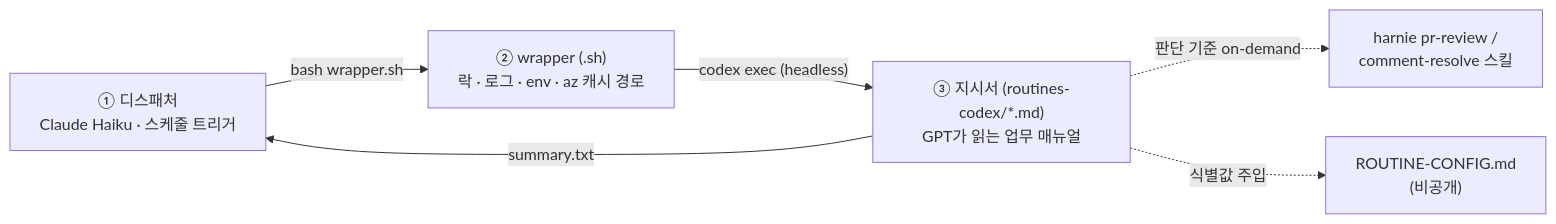
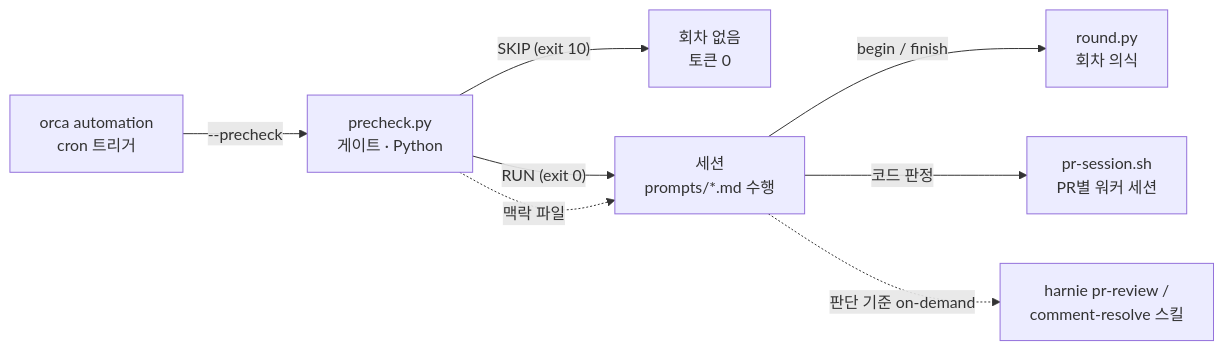
One commit to qnamy/agent-ops changed the diagram in routines/README.md. Above: the diagram before and after it, drawn with Mermaid. The commit also changed other lines of this file and 31 other files, not shown here.

First line of the commit message:
docs: 루틴 템플릿을 orca automation 구조의 현행본으로 교체한다

````diff
--- a/routines/README.md
+++ b/routines/README.md
@@ -8,8 +9,10 @@
 ```mermaid
 flowchart LR
-    A["① 디스패처<br/>Claude Haiku · 스케줄 트리거"] -->|"bash wrapper.sh"| B["② wrapper (.sh)<br/>락 · 로그 · env · az 캐시 경로"]
-    B -->|"codex exec (headless)"| C["③ 지시서 (routines-codex/*.md)<br/>GPT가 읽는 업무 매뉴얼"]
-    C -->|"summary.txt"| A
-    C -.->|"판단 기준 on-demand"| D["harnie pr-review /<br/>comment-resolve 스킬"]
-    C -.->|"식별값 주입"| E["ROUTINE-CONFIG.md<br/>(비공개)"]
+    A["orca automation<br/>cron 트리거"] -->|"--precheck"| B["precheck.py<br/>게이트 · Python"]
+    B -->|"SKIP (exit 10)"| X["회차 없음<br/>토큰 0"]
+    B -->|"RUN (exit 0)"| C["세션<br/>prompts/*.md 수행"]
+    B -.->|"맥락 파일"| C
+    C -->|"begin / finish"| D["round.py<br/>회차 의식"]
+    C -->|"코드 판정"| E["pr-session.sh<br/>PR별 워커 세션"]
+    C -.->|"판단 기준 on-demand"| F["harnie pr-review /<br/>comment-resolve 스킬"]
 ```
````
